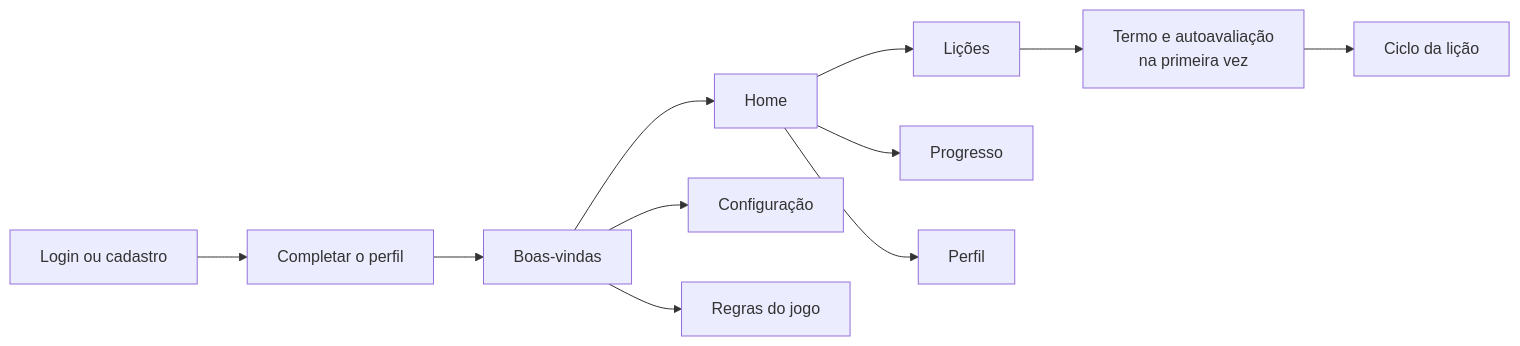
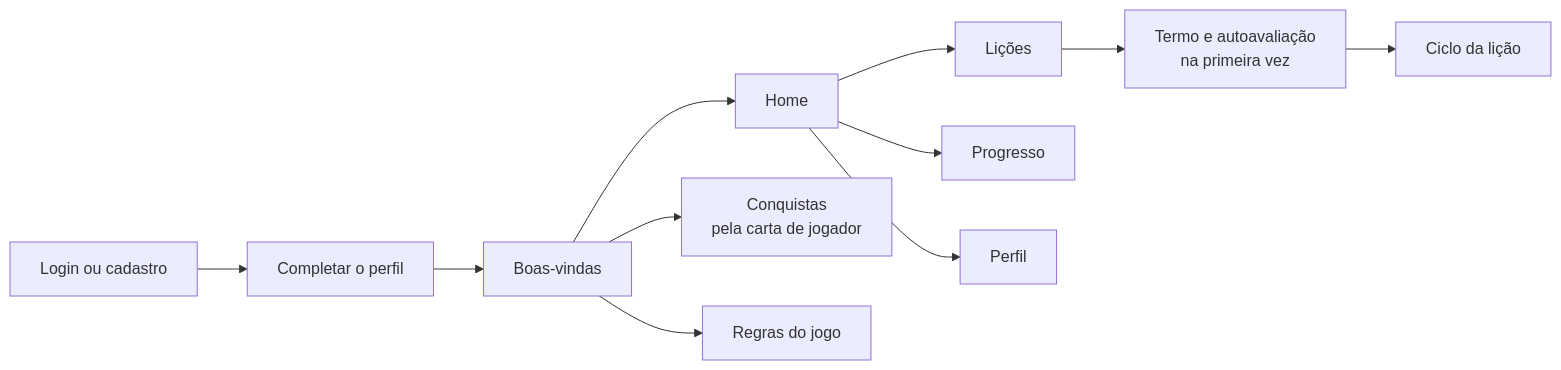
The first of 3 diagrams in docs/arquitetura.md (Tiagopbc/App_MobileBuilders_Maragames), drawn with Mermaid before and after one commit. The commit also changed other lines of this file, not shown here.

Commit message:
Arquitetura: boas-vindas com a carta de jogador, Conquistas no fluxo e na tabela de src/lib

````diff
--- a/docs/arquitetura.md
+++ b/docs/arquitetura.md
@@ -9,10 +9,10 @@
 ```mermaid
 flowchart LR
-    L[Login ou cadastro] --> P[Completar o perfil] --> B[Boas-vindas] --> H[Home]
-    B --> CF[Configuração]
-    B --> RG[Regras do jogo]
-    H --> LI[Lições]
-    H --> PR[Progresso]
-    H --> PE[Perfil]
-    LI --> T[Termo e autoavaliação<br/>na primeira vez] --> CI[Ciclo da lição]
+    L["Login ou cadastro"] --> P["Completar o perfil"] --> B["Boas-vindas"] --> H["Home"]
+    B --> CJ["Conquistas<br/>pela carta de jogador"]
+    B --> RG["Regras do jogo"]
+    H --> LI["Lições"]
+    H --> PR["Progresso"]
+    H --> PE["Perfil"]
+    LI --> T["Termo e autoavaliação<br/>na primeira vez"] --> CI["Ciclo da lição"]
 ```
````
